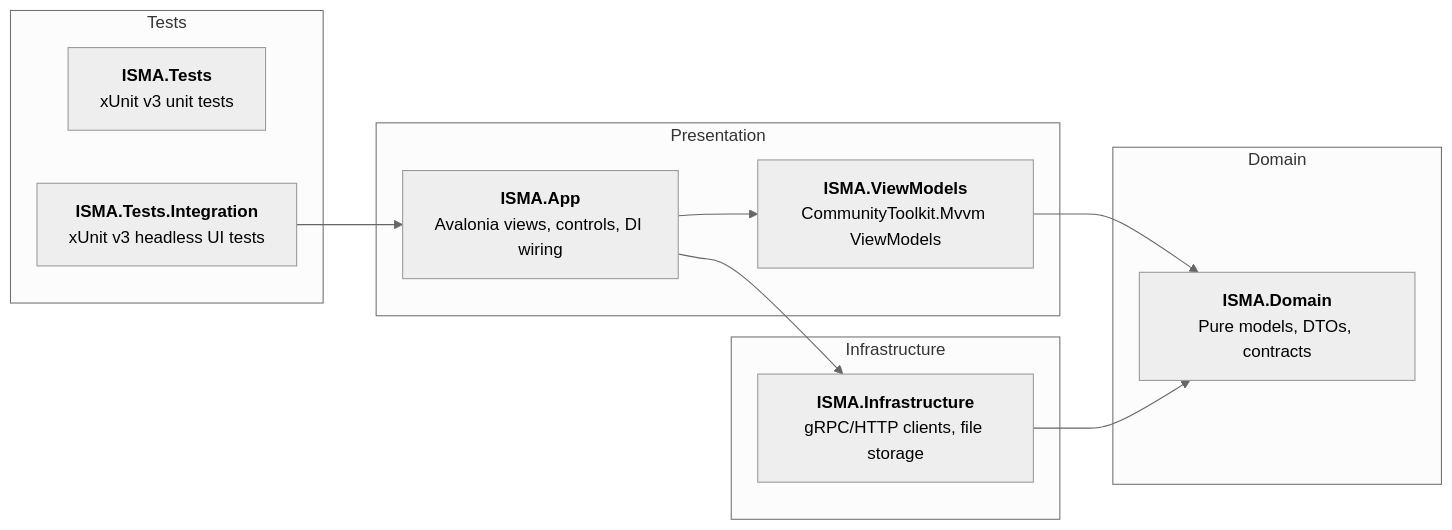
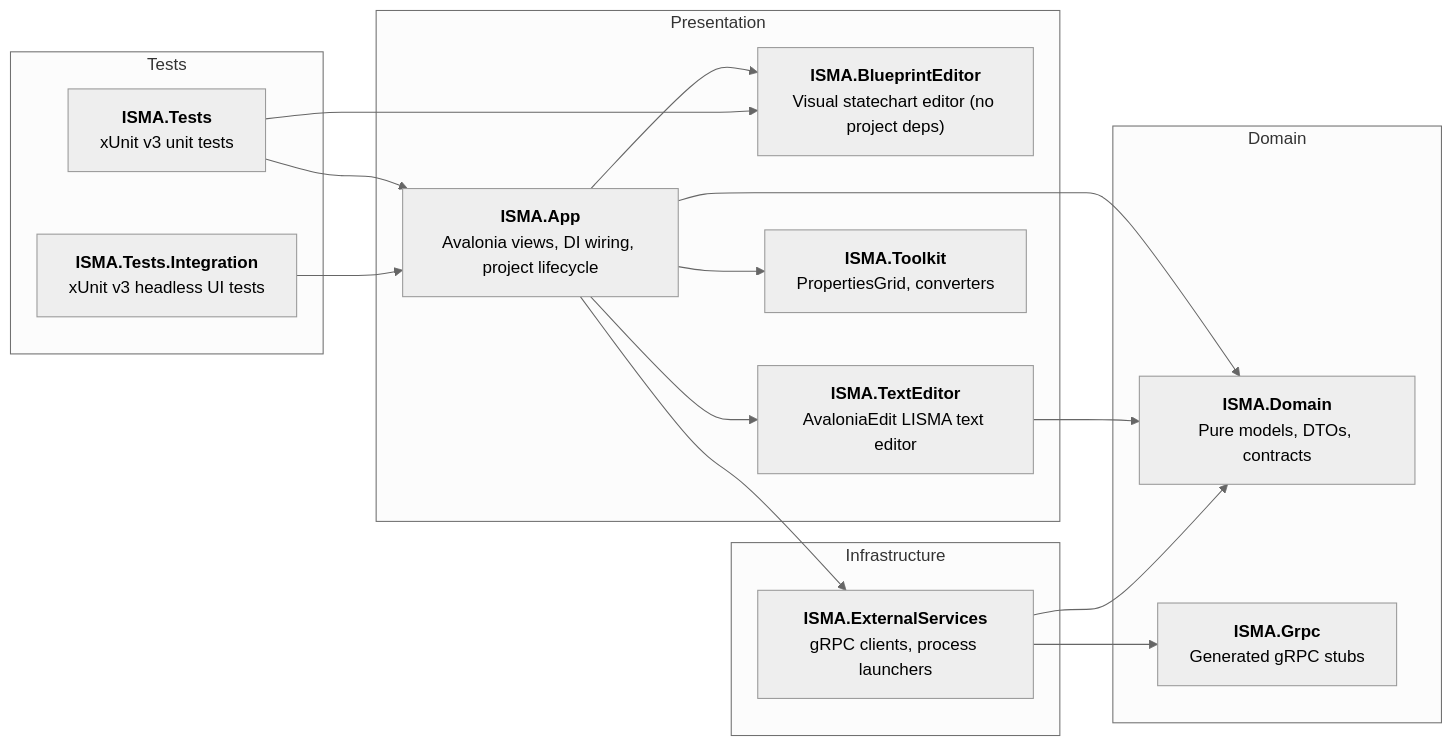
One commit to SmallBossGames/isma-ui-avalonia changed the diagram in AGENTS.md. Above: the diagram before and after it, drawn with Mermaid (neutral theme). The commit also changed other lines of this file and 236 other files, not shown here.

````diff
--- a/AGENTS.md
+++ b/AGENTS.md
@@ -17,23 +17,32 @@
 ```mermaid
 graph LR
     subgraph Presentation
-        App["`**ISMA.App**<br/>Avalonia views, controls, DI wiring`"]
-        VM["`**ISMA.ViewModels**<br/>CommunityToolkit.Mvvm ViewModels`"]
+        App["`**ISMA.App**<br/>Avalonia views, DI wiring, project lifecycle`"]
+        BE["`**ISMA.BlueprintEditor**<br/>Visual statechart editor (no project deps)`"]
+        TE["`**ISMA.TextEditor**<br/>AvaloniaEdit LISMA text editor`"]
+        TK["`**ISMA.Toolkit**<br/>PropertiesGrid, converters`"]
     end
     subgraph Infrastructure
-        Infra["`**ISMA.Infrastructure**<br/>gRPC/HTTP clients, file storage`"]
+        Infra["`**ISMA.ExternalServices**<br/>gRPC clients, process launchers`"]
     end
     subgraph Domain
         Dom["`**ISMA.Domain**<br/>Pure models, DTOs, contracts`"]
+        Grpc["`**ISMA.Grpc**<br/>Generated gRPC stubs`"]
     end
     subgraph Tests
         UT["`**ISMA.Tests**<br/>xUnit v3 unit tests`"]
         IT["`**ISMA.Tests.Integration**<br/>xUnit v3 headless UI tests`"]
     end
 
-    App --> VM
+    App --> BE
+    App --> TE
+    App --> TK
     App --> Infra
-    VM --> Dom
+    App --> Dom
+    TE --> Dom
     Infra --> Dom
+    Infra --> Grpc
+    UT --> App
+    UT --> BE
     IT --> App
 ```
````
